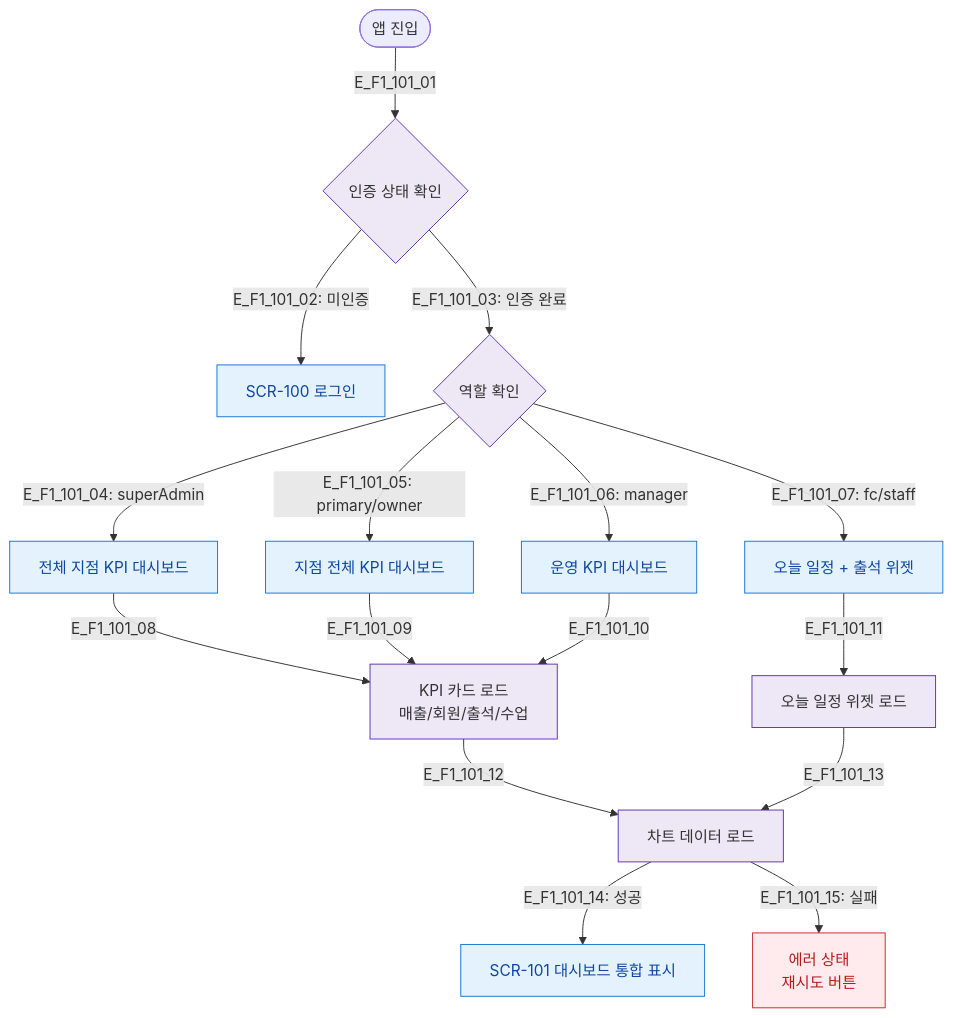
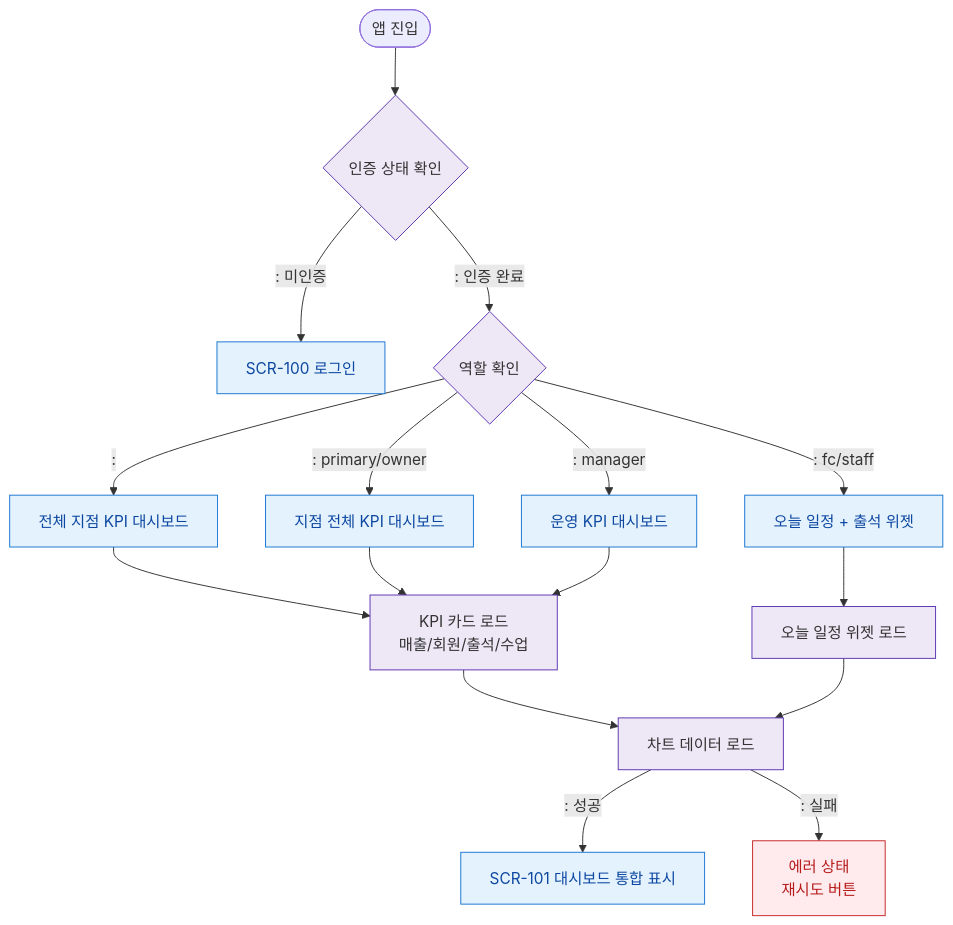
Before and after one commit to dev-spogym/admin-pando: the diagram in docs/다이어그램/D01_공통/SCR-101_대시보드_통합/F1_진입.md, drawn with Mermaid. The commit also changed other lines of this file and 1660 other files, not shown here.

First line of the commit message:
다이어그램: 기획자/클라이언트 납품본으로 정리

````diff
--- a/docs/다이어그램/D01_공통/SCR-101_대시보드_통합/F1_진입.md
+++ b/docs/다이어그램/D01_공통/SCR-101_대시보드_통합/F1_진입.md
@@ -19,31 +17,31 @@
 ```mermaid
 flowchart TD
-    START([앱 진입]) -->|E_F1_101_01| AUTH{인증 상태 확인}
+    START([앱 진입]) --> AUTH{인증 상태 확인}
 
-    AUTH -->|"E_F1_101_02: 미인증"| SCR_100[SCR-100 로그인]
-    AUTH -->|"E_F1_101_03: 인증 완료"| ROLE_CHECK{역할 확인}
+    AUTH -->|": 미인증"|SCR_100[SCR-100 로그인]
+    AUTH -->|": 인증 완료"|ROLE_CHECK{역할 확인}
 
-    ROLE_CHECK -->|"E_F1_101_04: superAdmin"| DASH_SA[전체 지점 KPI 대시보드]
-    ROLE_CHECK -->|"E_F1_101_05: primary/owner"| DASH_OW[지점 전체 KPI 대시보드]
-    ROLE_CHECK -->|"E_F1_101_06: manager"| DASH_MG[운영 KPI 대시보드]
-    ROLE_CHECK -->|"E_F1_101_07: fc/staff"| DASH_ST[오늘 일정 + 출석 위젯]
+    ROLE_CHECK -->|": "|DASH_SA[전체 지점 KPI 대시보드]
+    ROLE_CHECK -->|": primary/owner"|DASH_OW[지점 전체 KPI 대시보드]
+    ROLE_CHECK -->|": manager"|DASH_MG[운영 KPI 대시보드]
+    ROLE_CHECK -->|": fc/staff"|DASH_ST[오늘 일정 + 출석 위젯]
 
-    DASH_SA -->|E_F1_101_08| LOAD_KPI[KPI 카드 로드\n매출/회원/출석/수업]
-    DASH_OW -->|E_F1_101_09| LOAD_KPI
-    DASH_MG -->|E_F1_101_10| LOAD_KPI
-    DASH_ST -->|E_F1_101_11| LOAD_WIDGET[오늘 일정 위젯 로드]
+    DASH_SA --> LOAD_KPI[KPI 카드 로드\n매출/회원/출석/수업]
+    DASH_OW --> LOAD_KPI
+    DASH_MG --> LOAD_KPI
+    DASH_ST --> LOAD_WIDGET[오늘 일정 위젯 로드]
 
-    LOAD_KPI -->|E_F1_101_12| LOAD_CHART[차트 데이터 로드]
-    LOAD_WIDGET -->|E_F1_101_13| LOAD_CHART
+    LOAD_KPI --> LOAD_CHART[차트 데이터 로드]
+    LOAD_WIDGET --> LOAD_CHART
 
-    LOAD_CHART -->|"E_F1_101_14: 성공"| SCR_101[SCR-101 대시보드 통합 표시]
-    LOAD_CHART -->|"E_F1_101_15: 실패"| ERR_STATE[에러 상태\n재시도 버튼]
+    LOAD_CHART -->|": 성공"|SCR_101[SCR-101 대시보드 통합 표시]
+    LOAD_CHART -->|": 실패"|ERR_STATE[에러 상태\n재시도 버튼]
 
-    classDef screen       fill:#E3F2FD,stroke:#1976D2,color:#0D47A1
-    classDef system       fill:#EDE7F6,stroke:#5E35B2
-    classDef error        fill:#FFEBEE,stroke:#C62828,color:#B71C1C
-    classDef success      fill:#E8F5E9,stroke:#2E7D32,color:#1B5E20
+    classDef screen fill:#E3F2FD,stroke:#1976D2,color:#0D47A1
+    classDef system fill:#EDE7F6,stroke:#5E35B2
+    classDef error fill:#FFEBEE,stroke:#C62828,color:#B71C1C
+    classDef success fill:#E8F5E9,stroke:#2E7D32,color:#1B5E20
     class SCR_101,SCR_100,DASH_SA,DASH_OW,DASH_MG,DASH_ST screen
     class AUTH,ROLE_CHECK,LOAD_KPI,LOAD_CHART,LOAD_WIDGET system
     class ERR_STATE error
 ```
````
